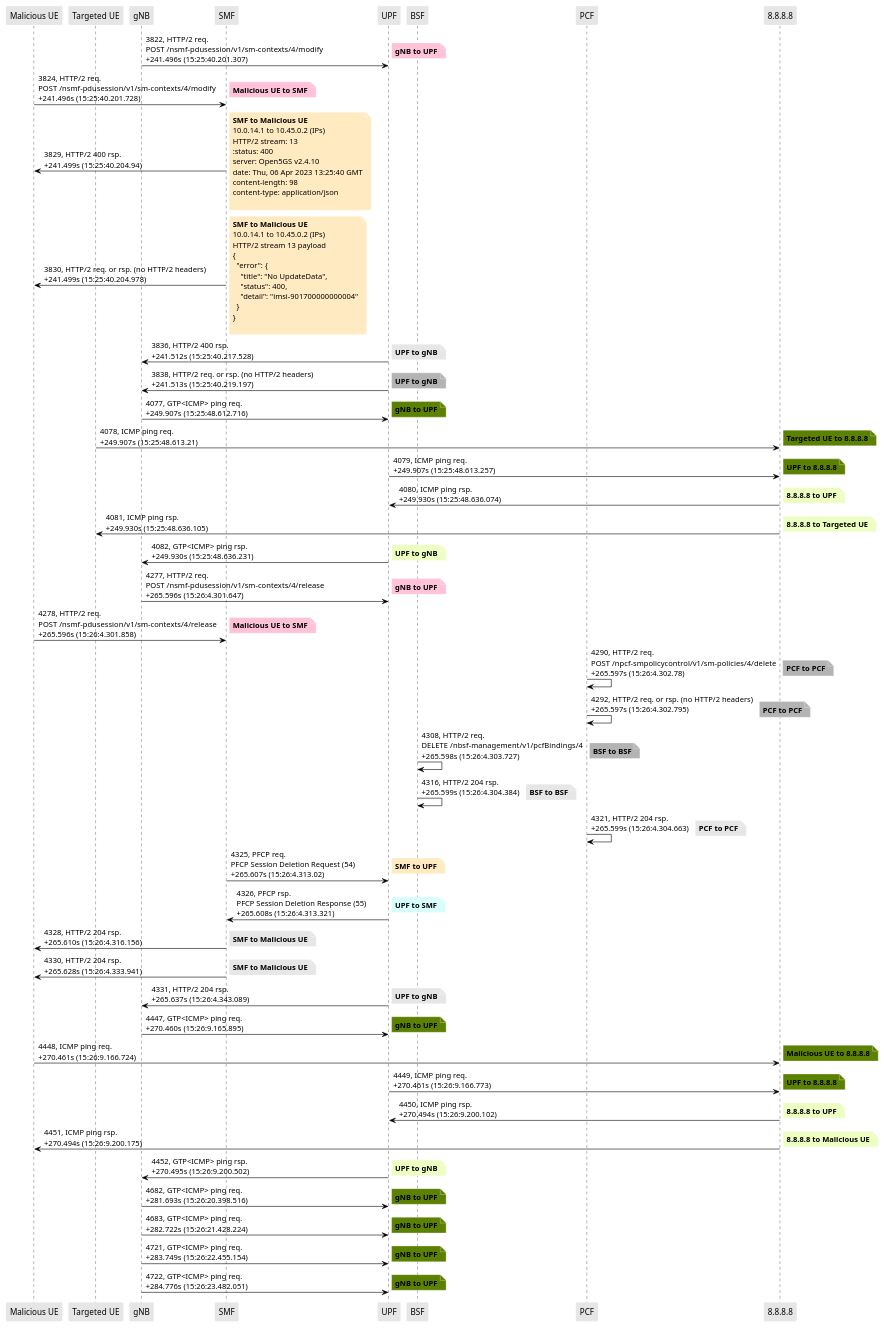
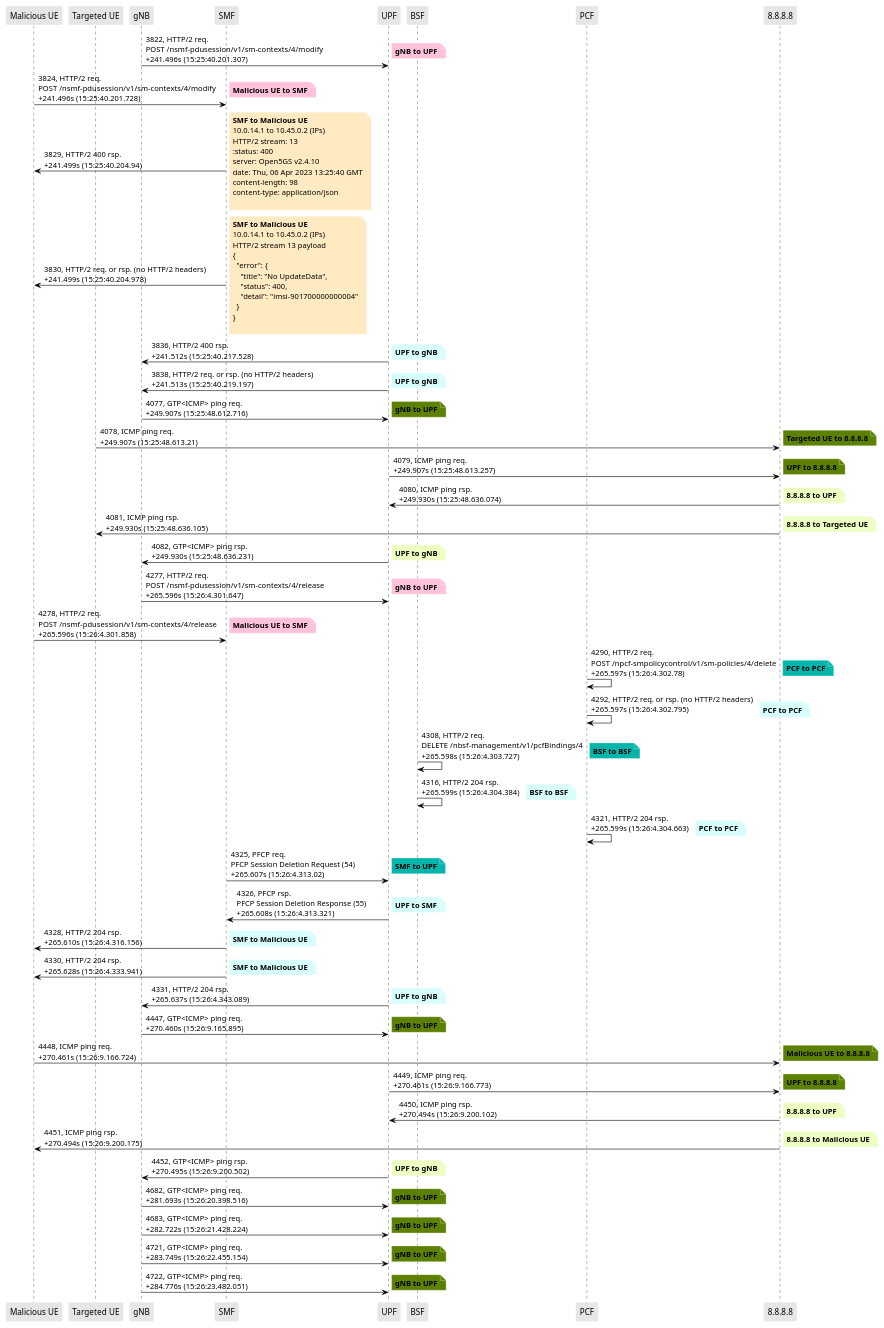
Before and after one commit to lilyhuegerich/5G: the diagram in PCAPS/Core/sbi_dos_smf_edited.puml, drawn with PlantUML. The commit also changed 94 other files, not shown here.

```diff
--- a/PCAPS/Core/sbi_dos_smf_edited.puml
+++ b/PCAPS/Core/sbi_dos_smf_edited.puml
@@ -62,13 +62,13 @@
 
 "UPF" -> "gNB": 3836, HTTP/2 400 rsp.\n+241.512s (15:25:40.217.528)
 
-note right #e6e6e6
+note right #D7FEFC
 **UPF to gNB**
 end note
 
 "UPF" -> "gNB": 3838, HTTP/2 req. or rsp. (no HTTP/2 headers)\n+241.513s (15:25:40.219.197)
 
-note right #b3b3b3
+note right #D7FEFC
 **UPF to gNB**
 end note
 
@@ -121,37 +121,37 @@
 
 "PCF" -> "PCF": 4290, HTTP/2 req.\nPOST  /npcf-smpolicycontrol/v1/sm-policies/4/delete\n+265.597s (15:26:4.302.78)
 
-note right #b3b3b3
+note right #03B5AA
 **PCF to PCF**
 end note
 
 "PCF" -> "PCF": 4292, HTTP/2 req. or rsp. (no HTTP/2 headers)\n+265.597s (15:26:4.302.795)
 
-note right #b3b3b3
+note right #D7FEFC
 **PCF to PCF**
 end note
 
 "BSF" -> "BSF": 4308, HTTP/2 req.\nDELETE  /nbsf-management/v1/pcfBindings/4\n+265.598s (15:26:4.303.727)
 
-note right #b3b3b3
+note right #03B5AA
 **BSF to BSF**
 end note
 
 "BSF" -> "BSF": 4316, HTTP/2 204 rsp.\n+265.599s (15:26:4.304.384)
 
-note right #e6e6e6
+note right #D7FEFC
 **BSF to BSF**
 end note
 
 "PCF" -> "PCF": 4321, HTTP/2 204 rsp.\n+265.599s (15:26:4.304.663)
 
-note right #e6e6e6
+note right #D7FEFC
 **PCF to PCF**
 end note
 
 "SMF" -> "UPF": 4325, PFCP req.\nPFCP Session Deletion Request (54)\n+265.607s (15:26:4.313.02)
 
-note right #FFEAC2
+note right #03B5AA
 **SMF to UPF**
 end note
 
@@ -163,19 +163,19 @@
 
 "SMF" -> "Malicious UE": 4328, HTTP/2 204 rsp.\n+265.610s (15:26:4.316.156)
 
-note right #e6e6e6
+note right #D7FEFC
 **SMF to Malicious UE**
 end note
 
 "SMF" -> "Malicious UE": 4330, HTTP/2 204 rsp.\n+265.628s (15:26:4.333.941)
 
-note right #e6e6e6
+note right #D7FEFC
 **SMF to Malicious UE**
 end note
 
 "UPF" -> "gNB": 4331, HTTP/2 204 rsp.\n+265.637s (15:26:4.343.089)
 
-note right #e6e6e6
+note right #D7FEFC
 **UPF to gNB**
 end note
 
```
